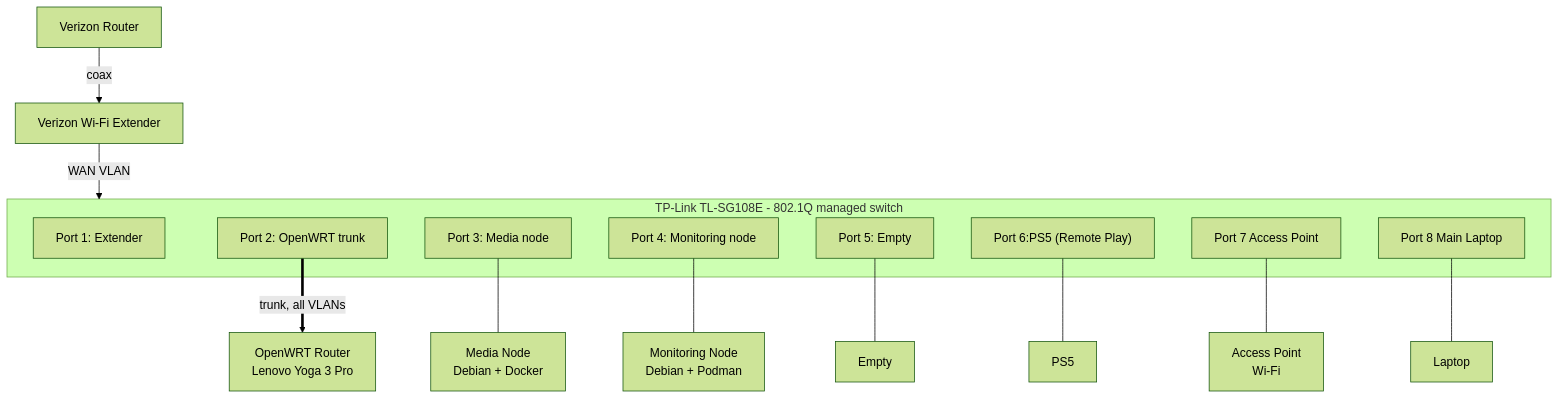
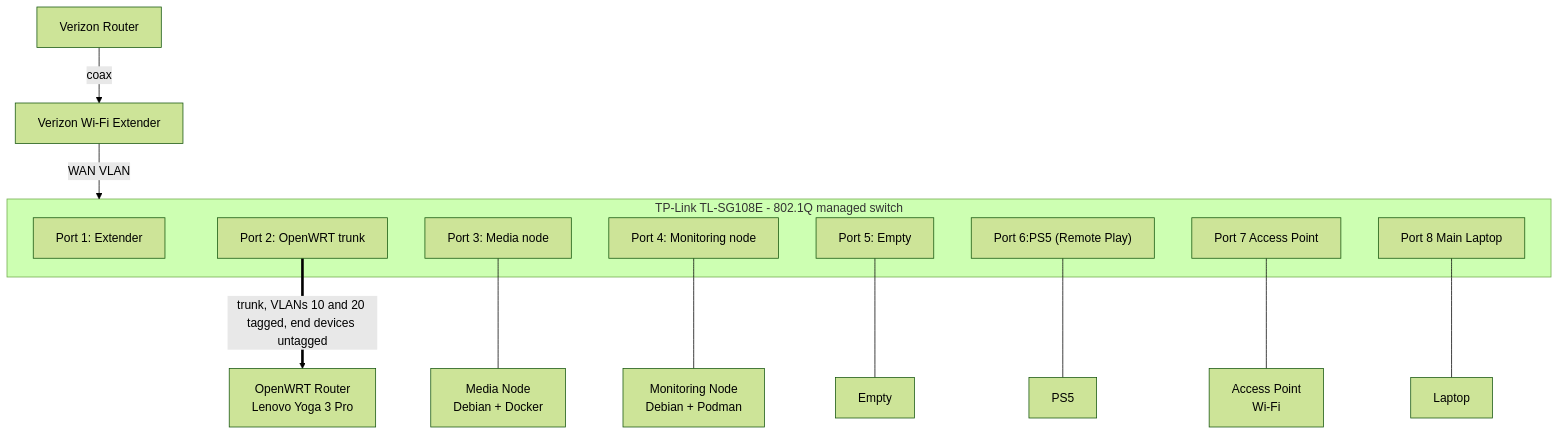
The diagram in README.md (jjlocke2004/homelab-infrastructure), drawn with Mermaid (forest theme) before and after one commit. The commit also changed other lines of this file, not shown here.

````diff
--- a/README.md
+++ b/README.md
@@ -18,24 +21,24 @@
 ```mermaid
 flowchart TD
     ISP[Verizon Router] -- coax --> EXT[Verizon Wi-Fi Extender]
     EXT -- WAN VLAN --> SW --- P1
 
     subgraph SW["TP-Link TL-SG108E - 802.1Q managed switch"]
         P1["Port 1: Extender"]
         P2["Port 2: OpenWRT trunk"]
         P3["Port 3: Media node"]
         P4["Port 4: Monitoring node"]
         P5["Port 5: Empty"]
         P6["Port 6:PS5 (Remote Play)"]
         P7["Port 7 Access Point"]
         P8["Port 8 Main Laptop"]
     end
 
-    P2 ==>|trunk, all VLANs| R["OpenWRT Router<br/>Lenovo Yoga 3 Pro"]
+    P2 ==>|trunk, VLANs 10 and 20 tagged, end devices untagged| R["OpenWRT Router<br/>Lenovo Yoga 3 Pro"]
     P3 --- MEDIA["Media Node<br/>Debian + Docker"]
     P4 --- MON["Monitoring Node<br/>Debian + Podman"]
     P5 --- Empty
     P6 --- PS5
     P7 --- AP["Access Point<br/>Wi-Fi"]
     P8 --- Laptop
 ```
````
